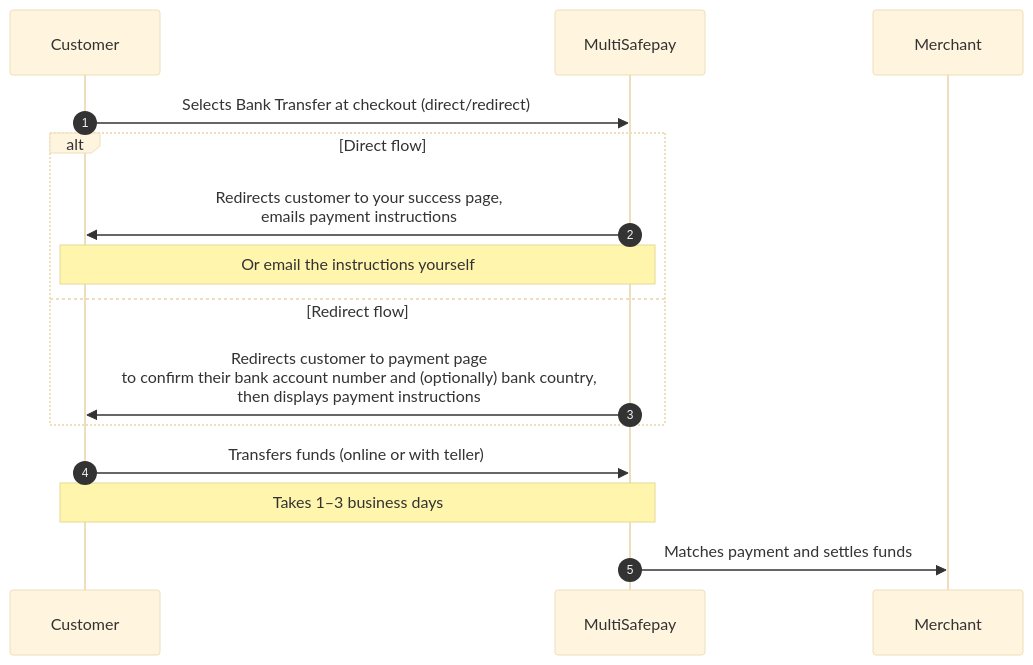
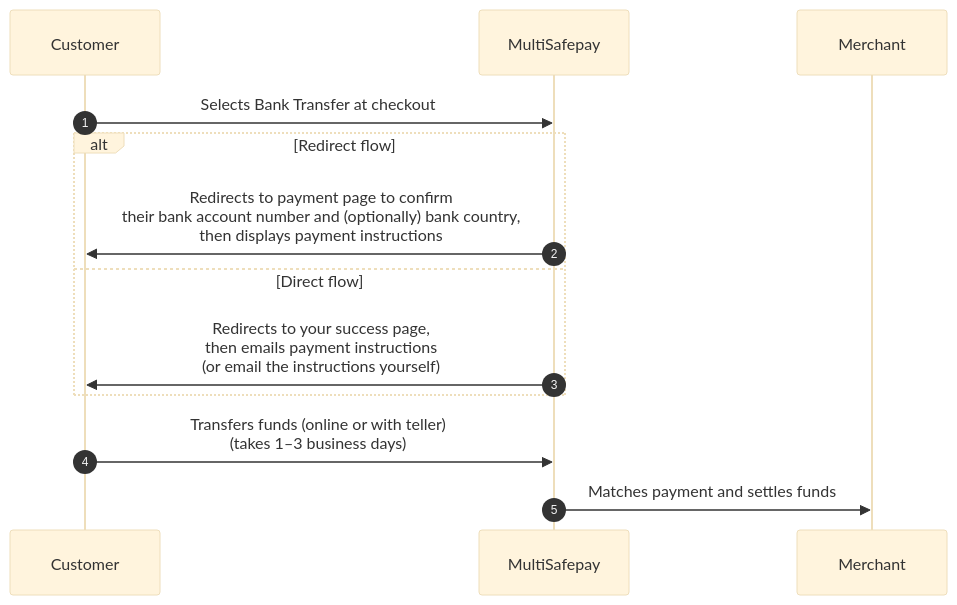
One commit to MultiSafepay/docs changed the diagram in content/payments/methods/banks/bank-transfer/payment-flow.md. Above: the diagram before and after it, drawn with Mermaid (base theme). The commit also changed other lines of this file and 35 other files, not shown here.

```diff
--- a/content/payments/methods/banks/bank-transfer/payment-flow.md
+++ b/content/payments/methods/banks/bank-transfer/payment-flow.md
@@ -17,20 +17,18 @@
 {{< mermaid class="text-center" >}}
 
 sequenceDiagram
     autonumber
     participant C as Customer
     participant Mu as MultiSafepay
     participant Me as Merchant
 
-    C->>Mu: Selects Bank Transfer at checkout (direct/redirect)
-    alt Direct flow
-    Mu->>C: Redirects customer to your success page, <br> emails payment instructions
-    Note over Mu,C: Or email the instructions yourself
-    else Redirect flow
-    Mu->>C: Redirects customer to payment page <br> to confirm their bank account number and (optionally) bank country, <br> then displays payment instructions
+    C->>Mu: Selects Bank Transfer at checkout
+    alt Redirect flow
+    Mu->>C: Redirects to payment page to confirm <br> their bank account number and (optionally) bank country, <br> then displays payment instructions
+    else Direct flow
+    Mu->>C: Redirects to your success page, <br> then emails payment instructions <br> (or email the instructions yourself)
     end
-    C->>Mu: Transfers funds (online or with teller)
-    Note over C,Mu: Takes 1–3 business days 
+    C->>Mu: Transfers funds (online or with teller) <br> (takes 1–3 business days) 
     Mu->>Me: Matches payment and settles funds
     
 {{< /mermaid >}}
```
